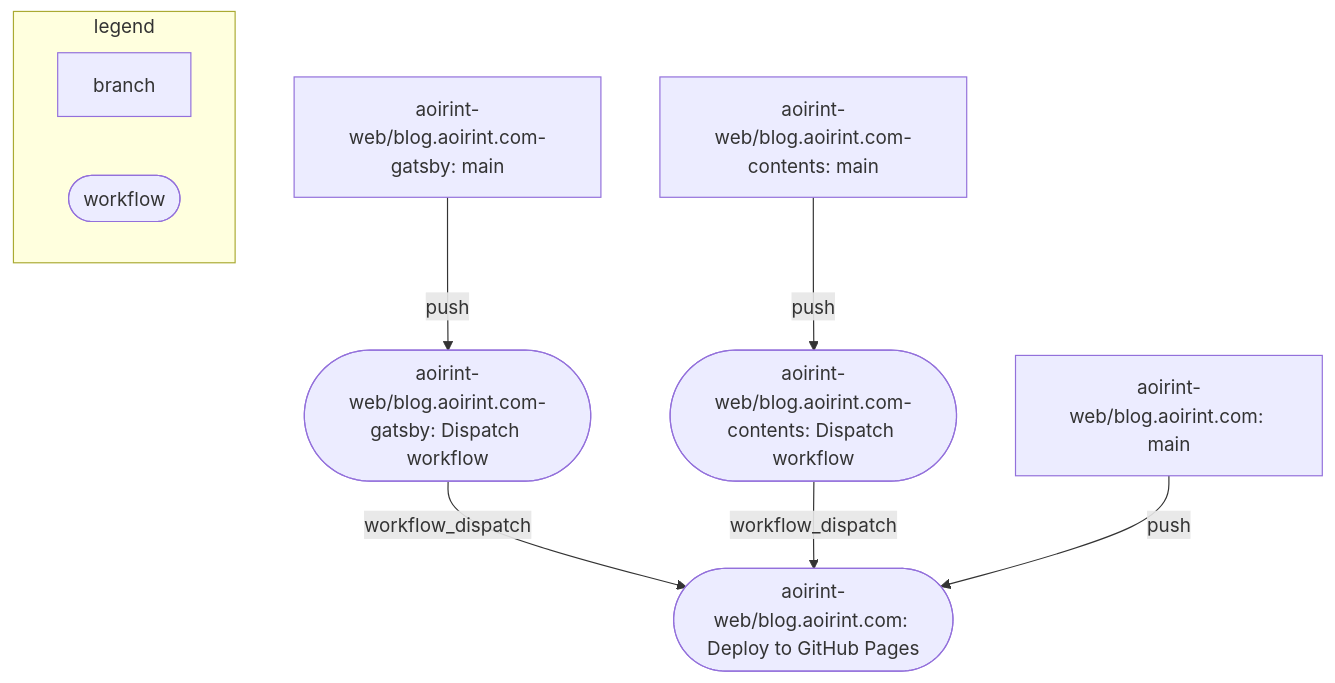
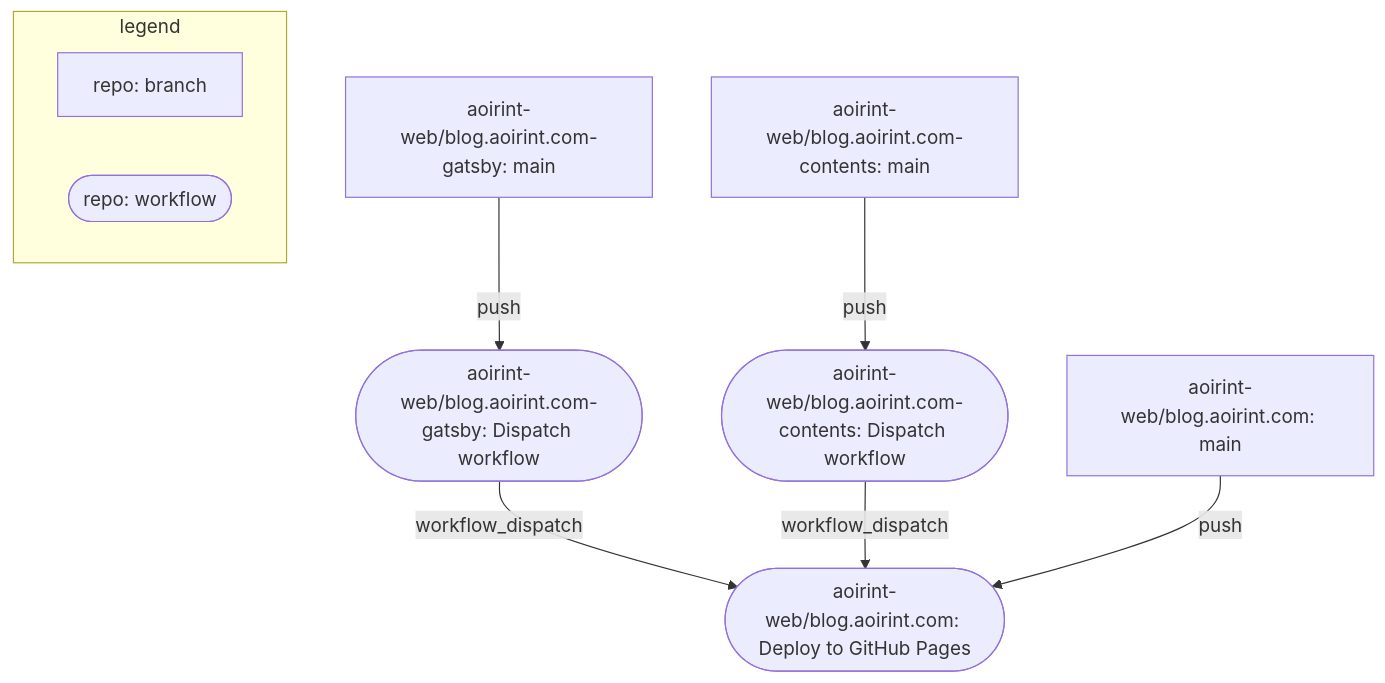
One commit to aoirint/aoirint-blog-deploy changed the diagram in README.md. Above: the diagram before and after it, drawn with Mermaid.

````diff
--- a/README.md
+++ b/README.md
@@ -9,12 +9,12 @@
 ```mermaid
 flowchart TD
     subgraph legend
-        branch
-        workflow([workflow])
+        branch[repo: branch]
+        workflow([repo: workflow])
     end
     gatsby[aoirint-web/blog.aoirint.com-gatsby: main]--push-->gatsby-dispatch
     gatsby-dispatch([aoirint-web/blog.aoirint.com-gatsby: Dispatch workflow])--workflow_dispatch-->deploy([aoirint-web/blog.aoirint.com: Deploy to GitHub Pages])
     contents[aoirint-web/blog.aoirint.com-contents: main]--push-->contents-dispatch
     contents-dispatch([aoirint-web/blog.aoirint.com-contents: Dispatch workflow])--workflow_dispatch-->deploy
     this[aoirint-web/blog.aoirint.com: main]--push-->deploy
 ```
````
